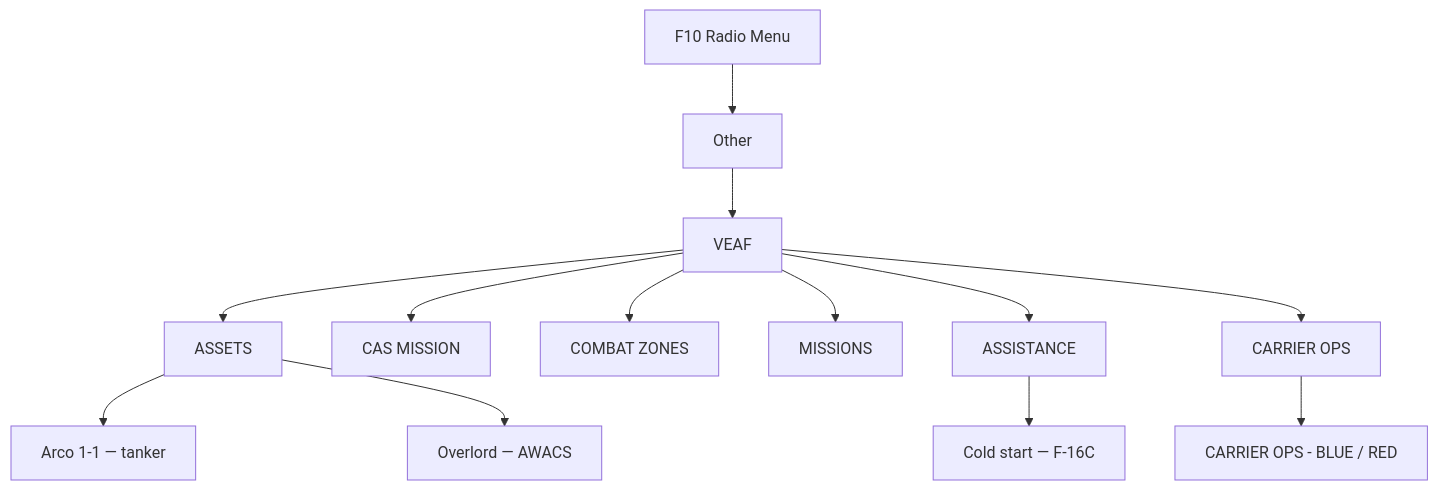
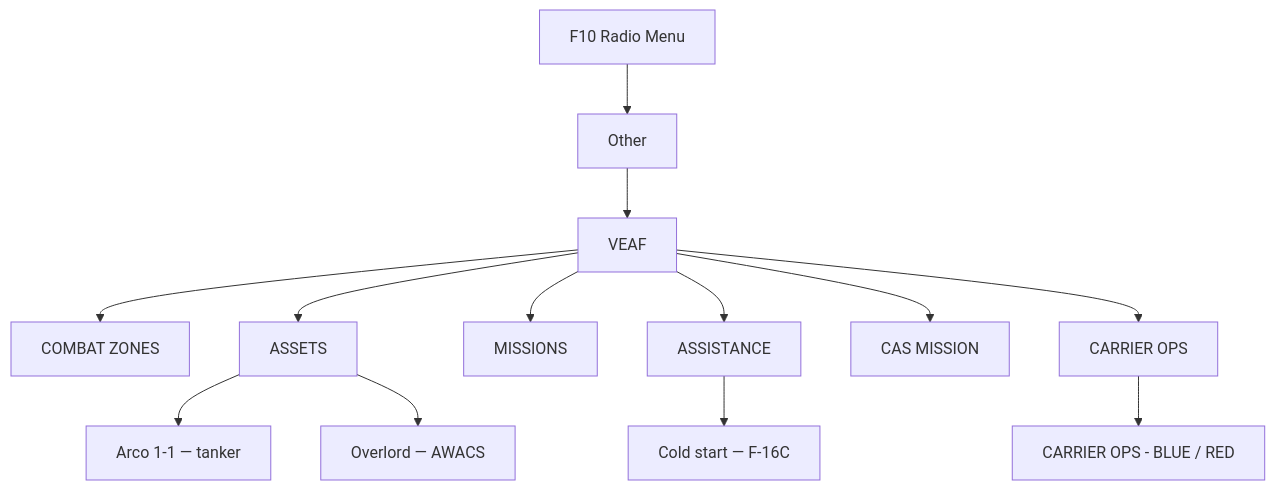
Before and after one commit to VEAF/VEAF-Mission-Creation-Tools: the diagram in doc/pilot/GUIDE.en.md, drawn with Mermaid. The commit also changed other lines of this file and 12 other files, not shown here.

````diff
--- a/doc/pilot/GUIDE.en.md
+++ b/doc/pilot/GUIDE.en.md
@@ -61,13 +61,13 @@
 ```mermaid
 graph TD
     F10[F10 Radio Menu] --> Other[Other] --> VEAF[VEAF]
+    VEAF --> CZ[COMBAT ZONES]
     VEAF --> Res[ASSETS]
-    VEAF --> CAS[CAS MISSION]
-    VEAF --> CZ[COMBAT ZONES]
     VEAF --> Miss[MISSIONS]
     VEAF --> Assist[ASSISTANCE]
+    VEAF --> CAS[CAS MISSION]
     Assist --> AS1["Cold start — F-16C"]
     Res --> A1["Arco 1-1 — tanker"]
     Res --> A2["Overlord — AWACS"]
     VEAF --> Carrier["CARRIER OPS"] --> CarrierSide["CARRIER OPS - BLUE / RED"]
 ```
````
